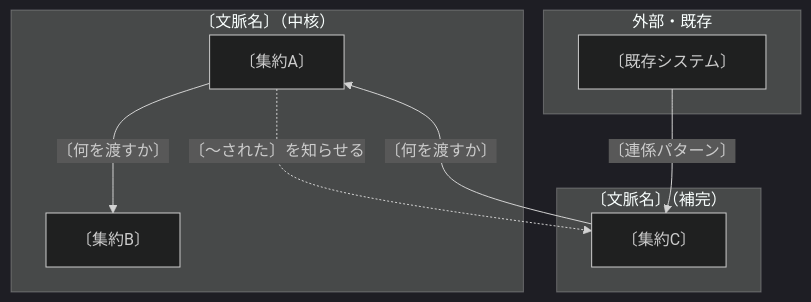
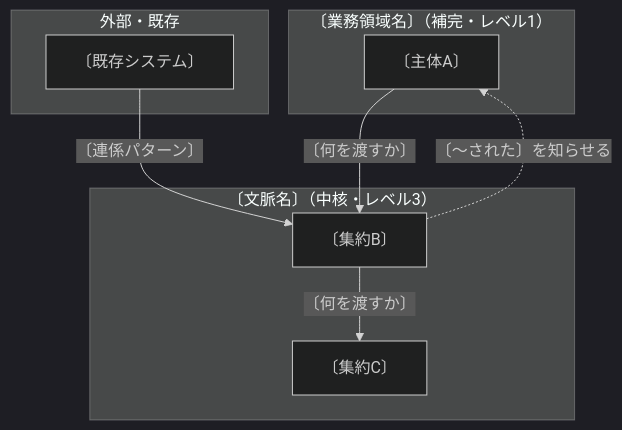
Before and after one commit to musoukun/skills: the diagram in ddd-requirements-modeling/assets/output-template.md, drawn with Mermaid (dark theme). The commit also changed other lines of this file and 6 other files, not shown here.

````diff
--- a/ddd-requirements-modeling/assets/output-template.md
+++ b/ddd-requirements-modeling/assets/output-template.md
@@ -9,17 +9,17 @@
 ```mermaid
 flowchart TB
-    subgraph CTX1["〔文脈名〕（中核）"]
-        A1["〔集約A〕"]
-        A2["〔集約B〕"]
+    subgraph D1["〔業務領域名〕（補完・レベル1）"]
+        A1["〔主体A〕"]
     end
-    subgraph CTX2["〔文脈名〕（補完）"]
-        B1["〔集約C〕"]
+    subgraph CTX1["〔文脈名〕（中核・レベル3）"]
+        B1["〔集約B〕"]
+        B2["〔集約C〕"]
     end
     subgraph EXT["外部・既存"]
         E1["〔既存システム〕"]
     end
     E1 -->|"〔連係パターン〕"| B1
-    B1 -->|"〔何を渡すか〕"| A1
-    A1 -->|"〔何を渡すか〕"| A2
-    A1 -.->|"〔〜された〕を知らせる"| B1
+    A1 -->|"〔何を渡すか〕"| B1
+    B1 -->|"〔何を渡すか〕"| B2
+    B1 -.->|"〔〜された〕を知らせる"| A1
 ```
````
